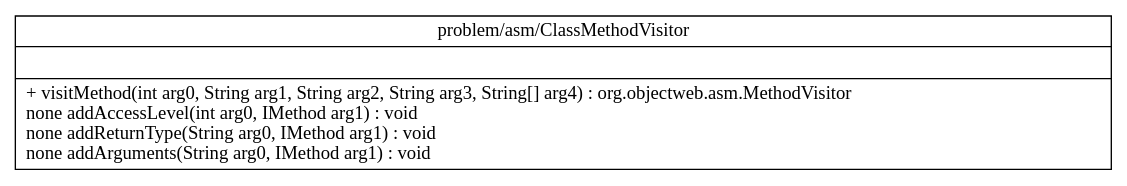
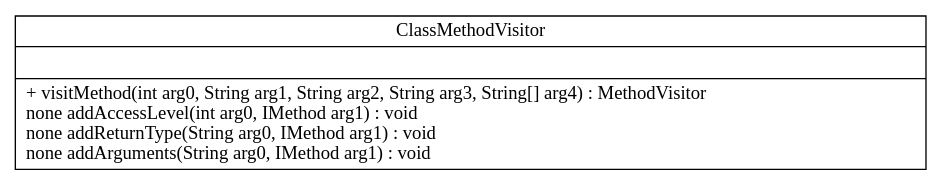
The diagram in BlueShells374/input_output/graph.gv (Mercieral/code-pattern-detector-and-UML-diagram-generator), drawn with Graphviz before and after one commit. The commit also changed 3 other files, not shown here.

```diff
--- a/BlueShells374/input_output/graph.gv
+++ b/BlueShells374/input_output/graph.gv
@@ -1,7 +1,7 @@
 digraph G { problemasmClassMethodVisitor [ 
- shape = "record",  label = "{ problem/asm/ClassMethodVisitor|\l| 
- 		+ visitMethod(int arg0, String arg1, String arg2, String arg3, String[] arg4) : org.objectweb.asm.MethodVisitor \l
+ shape = "record",  label = "{ ClassMethodVisitor|\l| 
+ 		+ visitMethod(int arg0, String arg1, String arg2, String arg3, String[] arg4) : MethodVisitor \l
 		none addAccessLevel(int arg0, IMethod arg1) : void \l
 		none addReturnType(String arg0, IMethod arg1) : void \l
 		none addArguments(String arg0, IMethod arg1) : void \l
  }" ];}
```
